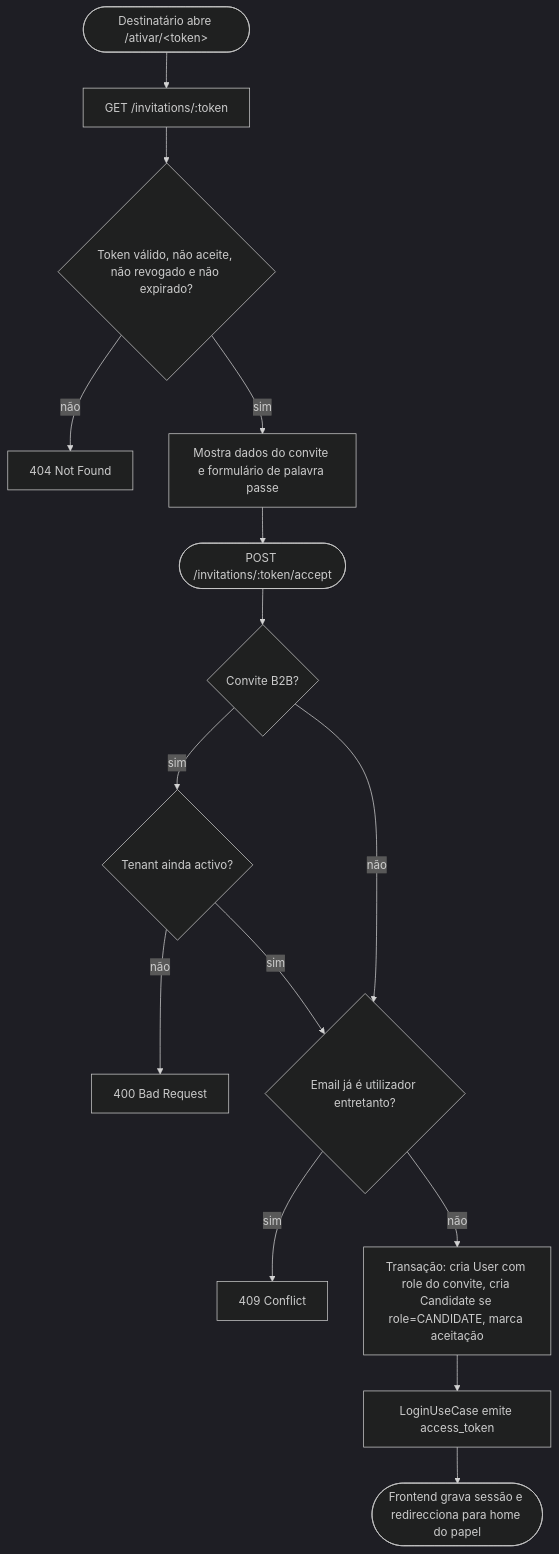
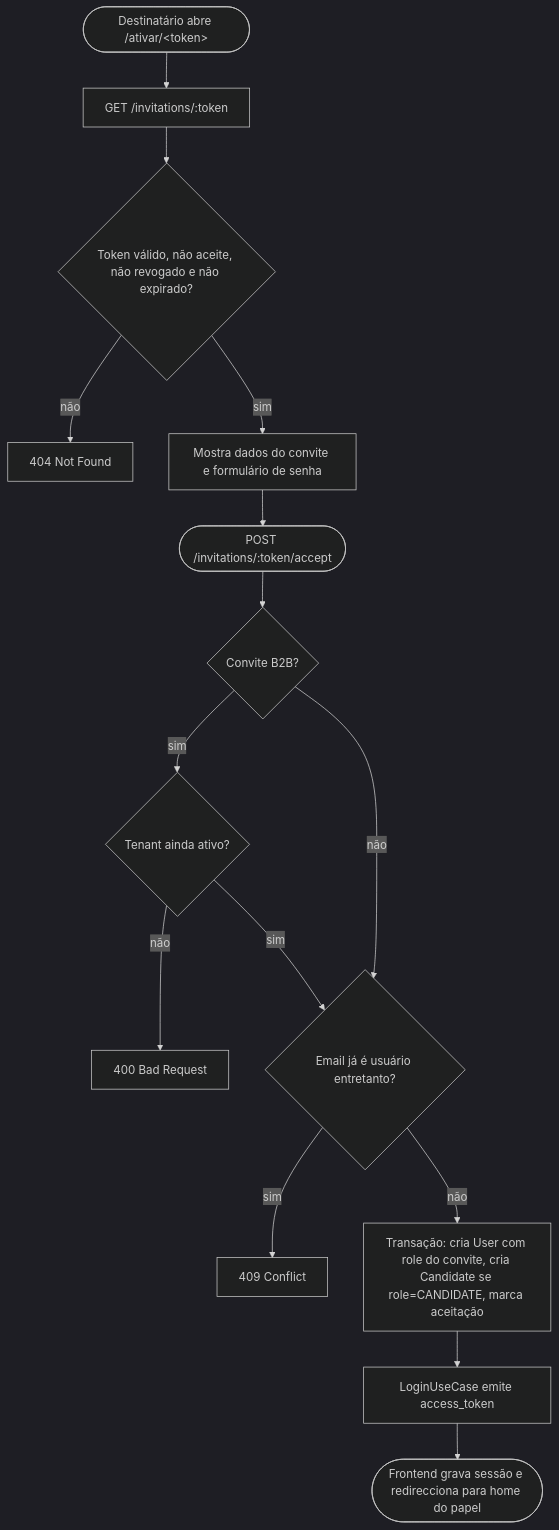
Before and after one commit to AndreXime/deploy-talent: the fourth of 13 diagrams in FLUXOS.md, drawn with Mermaid (dark theme). The commit also changed other lines of this file and 50 other files, not shown here.

````diff
--- a/FLUXOS.md
+++ b/FLUXOS.md
@@ -72,17 +72,17 @@
 ```mermaid
 flowchart TD
     open([Destinatário abre /ativar/&lt;token&gt;]) --> preview[GET /invitations/:token]
     preview --> valid{Token válido, não aceite, não revogado e não expirado?}
     valid -- não --> err404[404 Not Found]
-    valid -- sim --> show[Mostra dados do convite e formulário de palavra passe]
+    valid -- sim --> show[Mostra dados do convite e formulário de senha]
     show --> submit([POST /invitations/:token/accept])
     submit --> isB2b{Convite B2B?}
-    isB2b -- sim --> tenantOk{Tenant ainda activo?}
+    isB2b -- sim --> tenantOk{Tenant ainda ativo?}
     tenantOk -- não --> err400[400 Bad Request]
     isB2b -- não --> clash
-    tenantOk -- sim --> clash{Email já é utilizador entretanto?}
+    tenantOk -- sim --> clash{Email já é usuário entretanto?}
     clash -- sim --> err409[409 Conflict]
     clash -- não --> tx[Transação: cria User com role do convite, cria Candidate se role=CANDIDATE, marca aceitação]
     tx --> jwt[LoginUseCase emite access_token]
     jwt --> done([Frontend grava sessão e redirecciona para home do papel])
 ```
````
